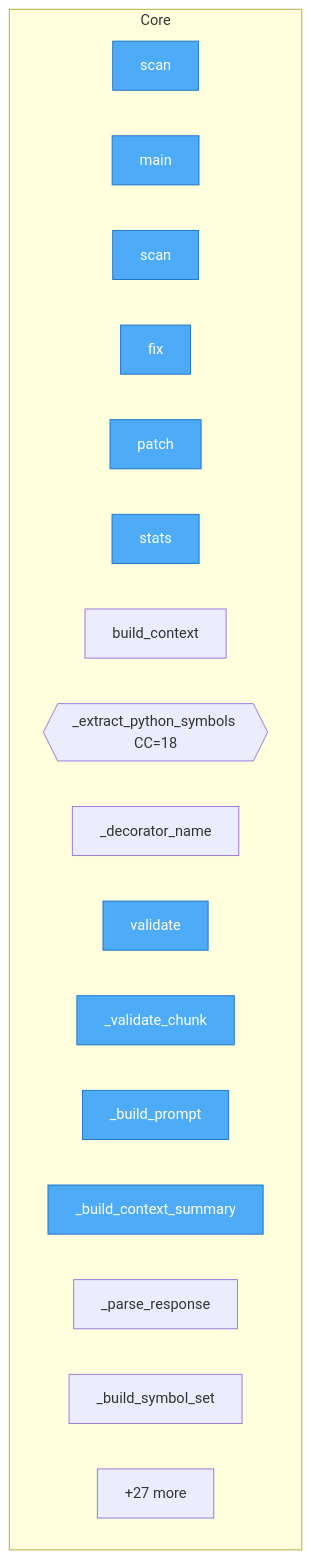
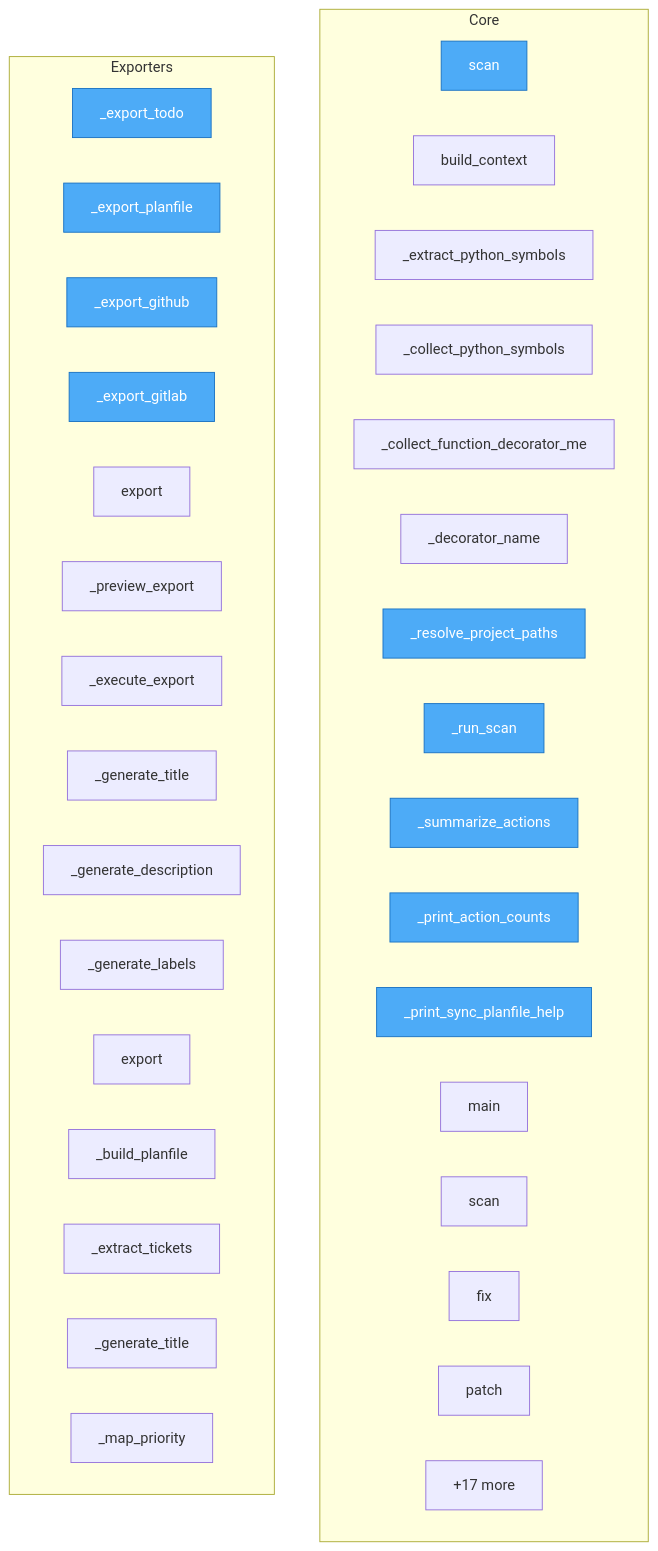
The diagram in project/flow.mmd (semcod/docval), drawn with Mermaid before and after one commit. The commit also changed 26 other files, not shown here.

```diff
--- a/project/flow.mmd
+++ b/project/flow.mmd
@@ -1,25 +1,44 @@
 flowchart TD
 
     %% Entry points (blue)
     classDef entry fill:#4dabf7,stroke:#1971c2,color:#fff
 
     subgraph Core
         src__docval__pipeline__scan["scan"]
+        src__docval__context__build_context["build_context"]
+        src__docval__context___extract_python_symbols["_extract_python_symbols"]
+        src__docval__context___collect_python_symbols["_collect_python_symbols"]
+        src__docval__context___collect_function_decorator_metadata["_collect_function_decorator_me"]
+        src__docval__context___decorator_name["_decorator_name"]
+        src__docval__cli___resolve_project_paths["_resolve_project_paths"]
+        src__docval__cli___run_scan["_run_scan"]
+        src__docval__cli___summarize_actions["_summarize_actions"]
+        src__docval__cli___print_action_counts["_print_action_counts"]
+        src__docval__cli___print_sync_planfile_help["_print_sync_planfile_help"]
         src__docval__cli__main["main"]
         src__docval__cli__scan["scan"]
         src__docval__cli__fix["fix"]
         src__docval__cli__patch["patch"]
-        src__docval__cli__stats["stats"]
-        src__docval__context__build_context["build_context"]
-        src__docval__context___extract_python_symbols{{_extract_python_symbols CC=18}}
-        src__docval__context___decorator_name["_decorator_name"]
-        src__docval__validators__llm_validator__LLMValidator__validate["validate"]
-        src__docval__validators__llm_validator__LLMValidator___validate_chunk["_validate_chunk"]
-        src__docval__validators__llm_validator__LLMValidator___build_prompt["_build_prompt"]
-        src__docval__validators__llm_validator__LLMValidator___build_context_summary["_build_context_summary"]
-        src__docval__validators__llm_validator__LLMValidator___parse_response["_parse_response"]
-        src__docval__validators__crossref__CrossRefValidator___build_symbol_set["_build_symbol_set"]
-        ...["+27 more"]
+        ...["+50 more"]
     end
 
-    class src__docval__pipeline__scan,src__docval__cli__main,src__docval__cli__scan,src__docval__cli__fix,src__docval__cli__patch,src__docval__cli__stats,src__docval__validators__llm_validator__LLMValidator__validate,src__docval__validators__llm_validator__LLMValidator___validate_chunk,src__docval__validators__llm_validator__LLMValidator___build_prompt,src__docval__validators__llm_validator__LLMValidator___build_context_summary entry
+    subgraph Exporters
+        src__docval__cli___export_todo["_export_todo"]
+        src__docval__cli___export_planfile["_export_planfile"]
+        src__docval__cli___export_github["_export_github"]
+        src__docval__cli___export_gitlab["_export_gitlab"]
+        src__docval__exporters__gitlab__GitLabExporter__export["export"]
+        src__docval__exporters__gitlab__GitLabExporter___preview_export["_preview_export"]
+        src__docval__exporters__gitlab__GitLabExporter___execute_export["_execute_export"]
+        src__docval__exporters__gitlab__GitLabExporter___generate_title["_generate_title"]
+        src__docval__exporters__gitlab__GitLabExporter___generate_description["_generate_description"]
+        src__docval__exporters__gitlab__GitLabExporter___generate_labels["_generate_labels"]
+        src__docval__exporters__planfile__PlanfileExporter__export["export"]
+        src__docval__exporters__planfile__PlanfileExporter___build_planfile["_build_planfile"]
+        src__docval__exporters__planfile__PlanfileExporter___extract_tickets["_extract_tickets"]
+        src__docval__exporters__planfile__PlanfileExporter___generate_title["_generate_title"]
+        src__docval__exporters__planfile__PlanfileExporter___map_priority["_map_priority"]
+        ...["+17 more"]
+    end
+
+    class src__docval__pipeline__scan,src__docval__cli___resolve_project_paths,src__docval__cli___run_scan,src__docval__cli___summarize_actions,src__docval__cli___print_action_counts,src__docval__cli___export_todo,src__docval__cli___export_planfile,src__docval__cli___export_github,src__docval__cli___export_gitlab,src__docval__cli___print_sync_planfile_help entry
```
